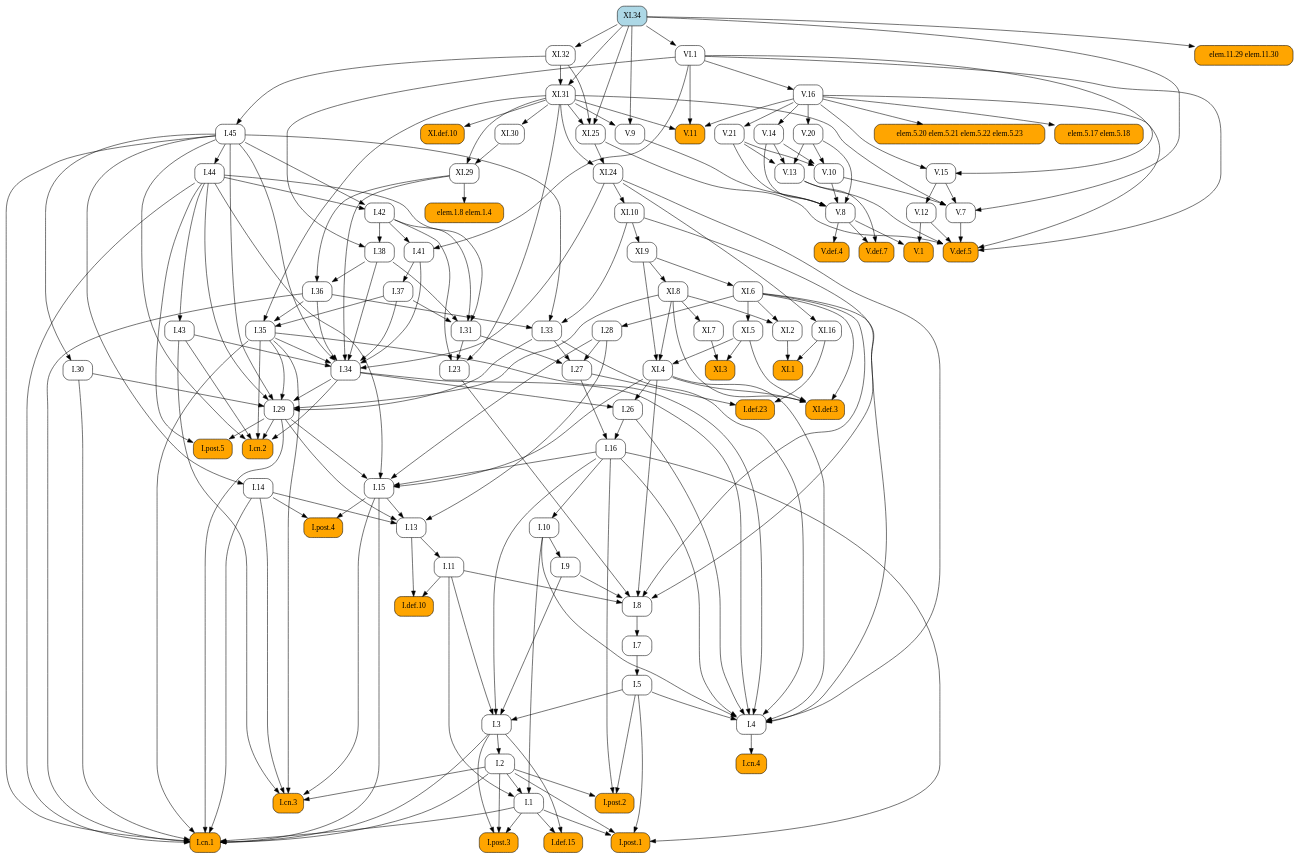
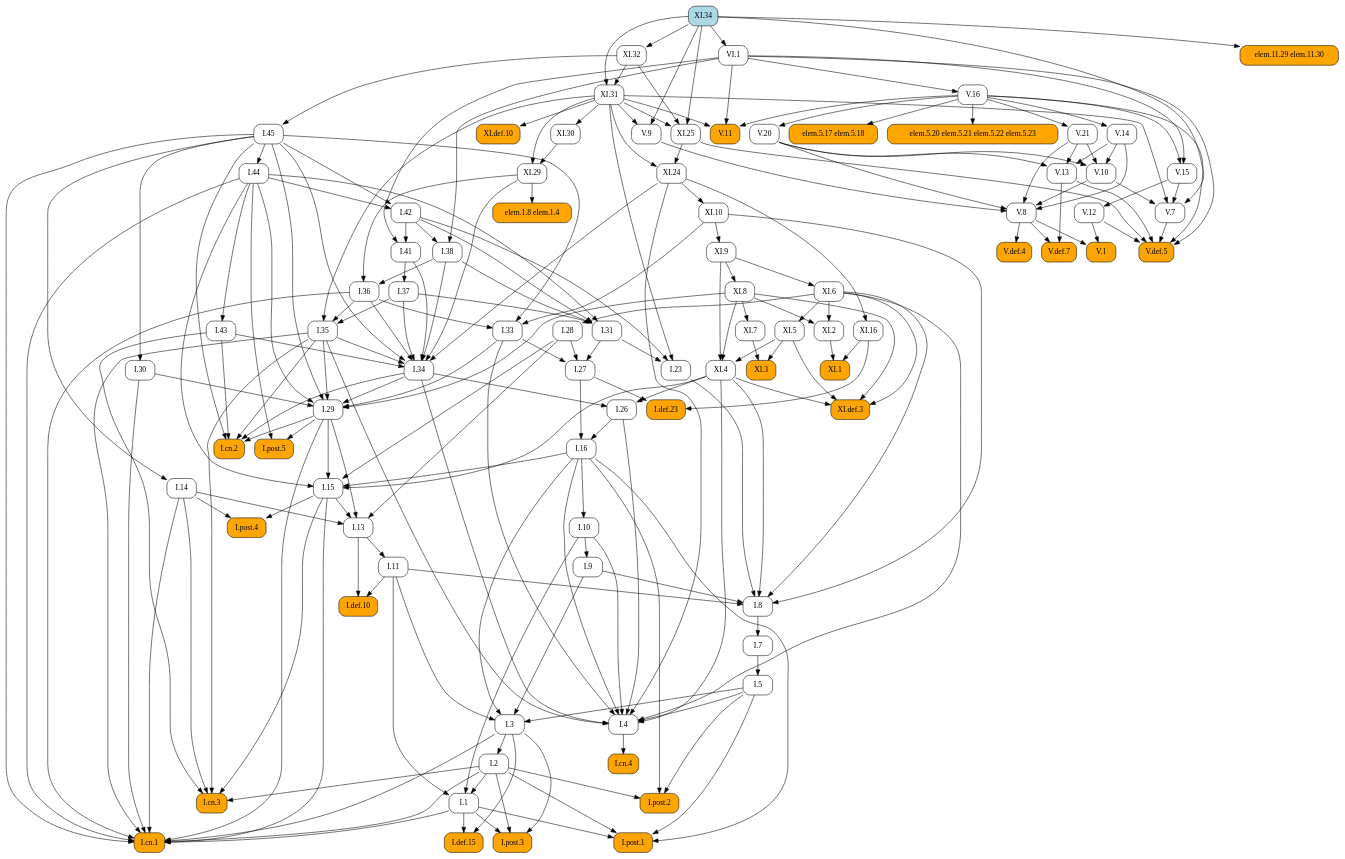
The diagram in docsrc/heath/XI/34/index.rst (geometor/elements), drawn with Graphviz before and after one commit. The commit also changed other lines of this file and 484 other files, not shown here.

```diff
--- a/docsrc/heath/XI/34/index.rst
+++ b/docsrc/heath/XI/34/index.rst
@@ -90,146 +90,139 @@
    digraph {
      rankdir="TB";
      node [shape=box, style=rounded];
+     "I.23" [URL="/heath/I/23/", target="_top"];
+     "I.9" [URL="/heath/I/9/", target="_top"];
+     "I.def.15" [style="rounded,filled", fillcolor=orange, URL="/heath/I/def.15/", target="_top"];
+     "V.13" [URL="/heath/V/13/", target="_top"];
+     "XI.24" [URL="/heath/XI/24/", target="_top"];
+     "V.7" [URL="/heath/V/7/", target="_top"];
+     "elem.5.17 elem.5.18" [style="rounded,filled", fillcolor=orange];
+     "XI.6" [URL="/heath/XI/6/", target="_top"];
+     "I.post.1" [style="rounded,filled", fillcolor=orange, URL="/heath/I/post.1/", target="_top"];
+     "V.14" [URL="/heath/V/14/", target="_top"];
+     "I.43" [URL="/heath/I/43/", target="_top"];
+     "V.9" [URL="/heath/V/9/", target="_top"];
+     "I.30" [URL="/heath/I/30/", target="_top"];
+     "I.31" [URL="/heath/I/31/", target="_top"];
+     "V.10" [URL="/heath/V/10/", target="_top"];
      "I.def.10" [style="rounded,filled", fillcolor=orange, URL="/heath/I/def.10/", target="_top"];
+     "XI.def.3" [style="rounded,filled", fillcolor=orange, URL="/heath/XI/def.3/", target="_top"];
+     "VI.1" [URL="/heath/VI/1/", target="_top"];
+     "XI.10" [URL="/heath/XI/10/", target="_top"];
+     "elem.1.8 elem.1.4" [style="rounded,filled", fillcolor=orange];
+     "I.14" [URL="/heath/I/14/", target="_top"];
+     "V.11" [style="rounded,filled", fillcolor=orange, URL="/heath/V/11/", target="_top"];
+     "XI.2" [URL="/heath/XI/2/", target="_top"];
+     "I.34" [URL="/heath/I/34/", target="_top"];
+     "XI.7" [URL="/heath/XI/7/", target="_top"];
+     "I.3" [URL="/heath/I/3/", target="_top"];
+     "V.def.4" [style="rounded,filled", fillcolor=orange, URL="/heath/V/def.4/", target="_top"];
+     "V.def.7" [style="rounded,filled", fillcolor=orange, URL="/heath/V/def.7/", target="_top"];
+     "V.21" [URL="/heath/V/21/", target="_top"];
+     "I.2" [URL="/heath/I/2/", target="_top"];
+     "I.13" [URL="/heath/I/13/", target="_top"];
+     "I.post.4" [style="rounded,filled", fillcolor=orange, URL="/heath/I/post.4/", target="_top"];
+     "I.4" [URL="/heath/I/4/", target="_top"];
+     "I.1" [URL="/heath/I/1/", target="_top"];
+     "XI.16" [URL="/heath/XI/16/", target="_top"];
+     "I.8" [URL="/heath/I/8/", target="_top"];
+     "I.45" [URL="/heath/I/45/", target="_top"];
+     "I.29" [URL="/heath/I/29/", target="_top"];
+     "XI.31" [URL="/heath/XI/31/", target="_top"];
+     "XI.5" [URL="/heath/XI/5/", target="_top"];
+     "I.38" [URL="/heath/I/38/", target="_top"];
+     "V.8" [URL="/heath/V/8/", target="_top"];
+     "I.15" [URL="/heath/I/15/", target="_top"];
+     "I.10" [URL="/heath/I/10/", target="_top"];
      "I.11" [URL="/heath/I/11/", target="_top"];
-     "I.post.4" [style="rounded,filled", fillcolor=orange, URL="/heath/I/post.4/", target="_top"];
+     "I.def.23" [style="rounded,filled", fillcolor=orange, URL="/heath/I/def.23/", target="_top"];
+     "I.44" [URL="/heath/I/44/", target="_top"];
+     "XI.1" [style="rounded,filled", fillcolor=orange, URL="/heath/XI/1/", target="_top"];
+     "I.26" [URL="/heath/I/26/", target="_top"];
+     "V.16" [URL="/heath/V/16/", target="_top"];
+     "I.33" [URL="/heath/I/33/", target="_top"];
+     "XI.4" [URL="/heath/XI/4/", target="_top"];
+     "XI.8" [URL="/heath/XI/8/", target="_top"];
+     "I.post.3" [style="rounded,filled", fillcolor=orange, URL="/heath/I/post.3/", target="_top"];
+     "V.def.5" [style="rounded,filled", fillcolor=orange, URL="/heath/V/def.5/", target="_top"];
+     "XI.3" [style="rounded,filled", fillcolor=orange, URL="/heath/XI/3/", target="_top"];
+     "XI.def.10" [style="rounded,filled", fillcolor=orange, URL="/heath/XI/def.10/", target="_top"];
+     "I.42" [URL="/heath/I/42/", target="_top"];
+     "V.20" [URL="/heath/V/20/", target="_top"];
+     "I.27" [URL="/heath/I/27/", target="_top"];
+     "V.12" [URL="/heath/V/12/", target="_top"];
+     "I.35" [URL="/heath/I/35/", target="_top"];
+     "I.cn.1" [style="rounded,filled", fillcolor=orange, URL="/heath/I/cn.1/", target="_top"];
+     "I.7" [URL="/heath/I/7/", target="_top"];
+     "I.36" [URL="/heath/I/36/", target="_top"];
+     "I.5" [URL="/heath/I/5/", target="_top"];
+     "I.37" [URL="/heath/I/37/", target="_top"];
+     "I.cn.3" [style="rounded,filled", fillcolor=orange, URL="/heath/I/cn.3/", target="_top"];
+     "I.16" [URL="/heath/I/16/", target="_top"];
+     "XI.29" [URL="/heath/XI/29/", target="_top"];
+     "V.1" [style="rounded,filled", fillcolor=orange, URL="/heath/V/1/", target="_top"];
+     "XI.9" [URL="/heath/XI/9/", target="_top"];
+     "I.cn.2" [style="rounded,filled", fillcolor=orange, URL="/heath/I/cn.2/", target="_top"];
+     "elem.11.29 elem.11.30" [style="rounded,filled", fillcolor=orange];
+     "I.post.5" [style="rounded,filled", fillcolor=orange, URL="/heath/I/post.5/", target="_top"];
      "I.28" [URL="/heath/I/28/", target="_top"];
-     "I.1" [URL="/heath/I/1/", target="_top"];
-     "XI.7" [URL="/heath/XI/7/", target="_top"];
-     "V.def.5" [style="rounded,filled", fillcolor=orange, URL="/heath/V/def.5/", target="_top"];
-     "XI.9" [URL="/heath/XI/9/", target="_top"];
-     "XI.8" [URL="/heath/XI/8/", target="_top"];
-     "V.11" [style="rounded,filled", fillcolor=orange, URL="/heath/V/11/", target="_top"];
-     "V.13" [URL="/heath/V/13/", target="_top"];
-     "I.post.3" [style="rounded,filled", fillcolor=orange, URL="/heath/I/post.3/", target="_top"];
-     "VI.1" [URL="/heath/VI/1/", target="_top"];
-     "XI.1" [style="rounded,filled", fillcolor=orange, URL="/heath/XI/1/", target="_top"];
-     "I.cn.3" [style="rounded,filled", fillcolor=orange, URL="/heath/I/cn.3/", target="_top"];
+     "I.cn.4" [style="rounded,filled", fillcolor=orange, URL="/heath/I/cn.4/", target="_top"];
+     "V.15" [URL="/heath/V/15/", target="_top"];
+     "I.41" [URL="/heath/I/41/", target="_top"];
+     "I.post.2" [style="rounded,filled", fillcolor=orange, URL="/heath/I/post.2/", target="_top"];
+     "XI.34" [style="rounded,filled", fillcolor=lightblue, URL="/heath/XI/34/", target="_top"];
+     "XI.30" [URL="/heath/XI/30/", target="_top"];
+     "XI.32" [URL="/heath/XI/32/", target="_top"];
+     "elem.5.20 elem.5.21 elem.5.22 elem.5.23" [style="rounded,filled", fillcolor=orange];
      "XI.25" [URL="/heath/XI/25/", target="_top"];
-     "I.14" [URL="/heath/I/14/", target="_top"];
-     "V.16" [URL="/heath/V/16/", target="_top"];
-     "XI.2" [URL="/heath/XI/2/", target="_top"];
-     "XI.16" [URL="/heath/XI/16/", target="_top"];
-     "XI.31" [URL="/heath/XI/31/", target="_top"];
-     "I.36" [URL="/heath/I/36/", target="_top"];
-     "V.8" [URL="/heath/V/8/", target="_top"];
-     "I.41" [URL="/heath/I/41/", target="_top"];
-     "I.37" [URL="/heath/I/37/", target="_top"];
-     "I.34" [URL="/heath/I/34/", target="_top"];
-     "I.27" [URL="/heath/I/27/", target="_top"];
-     "I.2" [URL="/heath/I/2/", target="_top"];
-     "I.def.23" [style="rounded,filled", fillcolor=orange, URL="/heath/I/def.23/", target="_top"];
-     "elem.1.8 elem.1.4" [style="rounded,filled", fillcolor=orange];
-     "XI.32" [URL="/heath/XI/32/", target="_top"];
-     "elem.11.29 elem.11.30" [style="rounded,filled", fillcolor=orange];
-     "I.33" [URL="/heath/I/33/", target="_top"];
-     "I.post.2" [style="rounded,filled", fillcolor=orange, URL="/heath/I/post.2/", target="_top"];
-     "I.45" [URL="/heath/I/45/", target="_top"];
-     "I.42" [URL="/heath/I/42/", target="_top"];
-     "elem.5.20 elem.5.21 elem.5.22 elem.5.23" [style="rounded,filled", fillcolor=orange];
-     "I.9" [URL="/heath/I/9/", target="_top"];
-     "V.def.4" [style="rounded,filled", fillcolor=orange, URL="/heath/V/def.4/", target="_top"];
-     "I.cn.4" [style="rounded,filled", fillcolor=orange, URL="/heath/I/cn.4/", target="_top"];
-     "I.15" [URL="/heath/I/15/", target="_top"];
-     "I.38" [URL="/heath/I/38/", target="_top"];
-     "V.def.7" [style="rounded,filled", fillcolor=orange, URL="/heath/V/def.7/", target="_top"];
-     "I.5" [URL="/heath/I/5/", target="_top"];
-     "V.21" [URL="/heath/V/21/", target="_top"];
-     "XI.def.3" [style="rounded,filled", fillcolor=orange, URL="/heath/XI/def.3/", target="_top"];
-     "I.26" [URL="/heath/I/26/", target="_top"];
-     "V.14" [URL="/heath/V/14/", target="_top"];
-     "I.29" [URL="/heath/I/29/", target="_top"];
-     "V.12" [URL="/heath/V/12/", target="_top"];
-     "I.cn.2" [style="rounded,filled", fillcolor=orange, URL="/heath/I/cn.2/", target="_top"];
-     "V.20" [URL="/heath/V/20/", target="_top"];
-     "V.10" [URL="/heath/V/10/", target="_top"];
-     "XI.30" [URL="/heath/XI/30/", target="_top"];
-     "I.def.15" [style="rounded,filled", fillcolor=orange, URL="/heath/I/def.15/", target="_top"];
-     "V.15" [URL="/heath/V/15/", target="_top"];
-     "XI.5" [URL="/heath/XI/5/", target="_top"];
-     "I.cn.1" [style="rounded,filled", fillcolor=orange, URL="/heath/I/cn.1/", target="_top"];
-     "I.30" [URL="/heath/I/30/", target="_top"];
-     "V.7" [URL="/heath/V/7/", target="_top"];
-     "XI.29" [URL="/heath/XI/29/", target="_top"];
-     "V.9" [URL="/heath/V/9/", target="_top"];
-     "I.23" [URL="/heath/I/23/", target="_top"];
-     "I.43" [URL="/heath/I/43/", target="_top"];
-     "I.post.1" [style="rounded,filled", fillcolor=orange, URL="/heath/I/post.1/", target="_top"];
-     "XI.6" [URL="/heath/XI/6/", target="_top"];
-     "I.35" [URL="/heath/I/35/", target="_top"];
-     "I.7" [URL="/heath/I/7/", target="_top"];
-     "I.3" [URL="/heath/I/3/", target="_top"];
-     "I.4" [URL="/heath/I/4/", target="_top"];
-     "I.13" [URL="/heath/I/13/", target="_top"];
-     "XI.def.10" [style="rounded,filled", fillcolor=orange, URL="/heath/XI/def.10/", target="_top"];
-     "I.31" [URL="/heath/I/31/", target="_top"];
-     "V.1" [style="rounded,filled", fillcolor=orange, URL="/heath/V/1/", target="_top"];
-     "I.16" [URL="/heath/I/16/", target="_top"];
-     "elem.5.17 elem.5.18" [style="rounded,filled", fillcolor=orange];
-     "XI.34" [style="rounded,filled", fillcolor=lightblue, URL="/heath/XI/34/", target="_top"];
-     "I.8" [URL="/heath/I/8/", target="_top"];
-     "XI.4" [URL="/heath/XI/4/", target="_top"];
-     "XI.24" [URL="/heath/XI/24/", target="_top"];
-     "I.post.5" [style="rounded,filled", fillcolor=orange, URL="/heath/I/post.5/", target="_top"];
-     "I.44" [URL="/heath/I/44/", target="_top"];
-     "I.10" [URL="/heath/I/10/", target="_top"];
-     "XI.10" [URL="/heath/XI/10/", target="_top"];
-     "XI.3" [style="rounded,filled", fillcolor=orange, URL="/heath/XI/3/", target="_top"];
+     "I.31" -> "I.23";
+     "I.42" -> "I.23";
+     "XI.31" -> "I.23";
+     "I.10" -> "I.9";
+     "I.1" -> "I.def.15";
+     "I.3" -> "I.def.15";
+     "V.14" -> "V.13";
+     "V.20" -> "V.13";
+     "V.21" -> "V.13";
+     "XI.25" -> "XI.24";
+     "XI.31" -> "XI.24";
+     "V.10" -> "V.7";
+     "V.15" -> "V.7";
+     "XI.31" -> "V.7";
+     "XI.34" -> "V.7";
+     "V.16" -> "elem.5.17 elem.5.18";
+     "XI.9" -> "XI.6";
+     "I.1" -> "I.post.1";
+     "I.2" -> "I.post.1";
+     "I.5" -> "I.post.1";
+     "I.16" -> "I.post.1";
+     "V.16" -> "V.14";
+     "I.44" -> "I.43";
+     "XI.31" -> "V.9";
+     "XI.34" -> "V.9";
+     "I.45" -> "I.30";
+     "I.37" -> "I.31";
+     "I.38" -> "I.31";
+     "I.42" -> "I.31";
+     "I.44" -> "I.31";
+     "V.14" -> "V.10";
+     "V.20" -> "V.10";
+     "V.21" -> "V.10";
      "I.11" -> "I.def.10";
      "I.13" -> "I.def.10";
-     "I.13" -> "I.11";
-     "I.14" -> "I.post.4";
-     "I.15" -> "I.post.4";
-     "XI.6" -> "I.28";
-     "I.2" -> "I.1";
-     "I.10" -> "I.1";
-     "I.11" -> "I.1";
-     "XI.8" -> "XI.7";
-     "V.7" -> "V.def.5";
-     "V.12" -> "V.def.5";
-     "V.13" -> "V.def.5";
-     "V.16" -> "V.def.5";
-     "VI.1" -> "V.def.5";
-     "XI.25" -> "V.def.5";
-     "XI.10" -> "XI.9";
-     "XI.9" -> "XI.8";
+     "XI.4" -> "XI.def.3";
+     "XI.5" -> "XI.def.3";
+     "XI.6" -> "XI.def.3";
+     "XI.8" -> "XI.def.3";
+     "XI.34" -> "VI.1";
+     "XI.24" -> "XI.10";
+     "XI.29" -> "elem.1.8 elem.1.4";
+     "I.45" -> "I.14";
      "V.16" -> "V.11";
      "VI.1" -> "V.11";
      "XI.31" -> "V.11";
-     "V.14" -> "V.13";
-     "V.20" -> "V.13";
-     "V.21" -> "V.13";
-     "I.1" -> "I.post.3";
-     "I.2" -> "I.post.3";
-     "I.3" -> "I.post.3";
-     "XI.34" -> "VI.1";
-     "XI.2" -> "XI.1";
-     "XI.16" -> "XI.1";
-     "I.2" -> "I.cn.3";
-     "I.14" -> "I.cn.3";
-     "I.15" -> "I.cn.3";
-     "I.35" -> "I.cn.3";
-     "I.43" -> "I.cn.3";
-     "XI.31" -> "XI.25";
-     "XI.32" -> "XI.25";
-     "XI.34" -> "XI.25";
-     "I.45" -> "I.14";
-     "VI.1" -> "V.16";
      "XI.6" -> "XI.2";
      "XI.8" -> "XI.2";
-     "XI.24" -> "XI.16";
-     "XI.32" -> "XI.31";
-     "XI.34" -> "XI.31";
-     "I.38" -> "I.36";
-     "XI.29" -> "I.36";
-     "V.9" -> "V.8";
-     "V.10" -> "V.8";
-     "V.14" -> "V.8";
-     "V.20" -> "V.8";
-     "V.21" -> "V.8";
-     "I.42" -> "I.41";
-     "VI.1" -> "I.41";
-     "I.41" -> "I.37";
      "I.35" -> "I.34";
      "I.36" -> "I.34";
      "I.37" -> "I.34";
@@ -239,46 +232,43 @@
      "I.45" -> "I.34";
      "XI.24" -> "I.34";
      "XI.29" -> "I.34";
-     "I.28" -> "I.27";
-     "I.31" -> "I.27";
-     "I.33" -> "I.27";
-     "I.3" -> "I.2";
-     "I.27" -> "I.def.23";
-     "XI.16" -> "I.def.23";
-     "XI.29" -> "elem.1.8 elem.1.4";
-     "XI.34" -> "XI.32";
-     "XI.34" -> "elem.11.29 elem.11.30";
-     "I.36" -> "I.33";
-     "I.45" -> "I.33";
-     "XI.10" -> "I.33";
-     "I.2" -> "I.post.2";
-     "I.5" -> "I.post.2";
-     "I.16" -> "I.post.2";
-     "XI.32" -> "I.45";
-     "I.44" -> "I.42";
-     "I.45" -> "I.42";
-     "V.16" -> "elem.5.20 elem.5.21 elem.5.22 elem.5.23";
-     "I.10" -> "I.9";
+     "XI.8" -> "XI.7";
+     "I.5" -> "I.3";
+     "I.9" -> "I.3";
+     "I.11" -> "I.3";
+     "I.16" -> "I.3";
      "V.8" -> "V.def.4";
-     "I.4" -> "I.cn.4";
-     "I.16" -> "I.15";
-     "I.28" -> "I.15";
-     "I.29" -> "I.15";
-     "I.44" -> "I.15";
-     "XI.4" -> "I.15";
-     "I.42" -> "I.38";
-     "VI.1" -> "I.38";
      "V.8" -> "V.def.7";
      "V.13" -> "V.def.7";
-     "I.7" -> "I.5";
      "V.16" -> "V.21";
-     "XI.4" -> "XI.def.3";
-     "XI.5" -> "XI.def.3";
-     "XI.6" -> "XI.def.3";
-     "XI.8" -> "XI.def.3";
-     "I.34" -> "I.26";
-     "XI.4" -> "I.26";
-     "V.16" -> "V.14";
+     "I.3" -> "I.2";
+     "I.14" -> "I.13";
+     "I.15" -> "I.13";
+     "I.28" -> "I.13";
+     "I.29" -> "I.13";
+     "I.14" -> "I.post.4";
+     "I.15" -> "I.post.4";
+     "I.5" -> "I.4";
+     "I.10" -> "I.4";
+     "I.16" -> "I.4";
+     "I.26" -> "I.4";
+     "I.33" -> "I.4";
+     "I.34" -> "I.4";
+     "I.35" -> "I.4";
+     "XI.4" -> "I.4";
+     "XI.6" -> "I.4";
+     "XI.24" -> "I.4";
+     "I.2" -> "I.1";
+     "I.10" -> "I.1";
+     "I.11" -> "I.1";
+     "XI.24" -> "XI.16";
+     "I.9" -> "I.8";
+     "I.11" -> "I.8";
+     "I.23" -> "I.8";
+     "XI.4" -> "I.8";
+     "XI.6" -> "I.8";
+     "XI.10" -> "I.8";
+     "XI.32" -> "I.45";
      "I.30" -> "I.29";
      "I.33" -> "I.29";
      "I.34" -> "I.29";
@@ -286,22 +276,60 @@
      "I.44" -> "I.29";
      "I.45" -> "I.29";
      "XI.8" -> "I.29";
+     "XI.32" -> "XI.31";
+     "XI.34" -> "XI.31";
+     "XI.6" -> "XI.5";
+     "I.42" -> "I.38";
+     "VI.1" -> "I.38";
+     "V.9" -> "V.8";
+     "V.10" -> "V.8";
+     "V.14" -> "V.8";
+     "V.20" -> "V.8";
+     "V.21" -> "V.8";
+     "I.16" -> "I.15";
+     "I.28" -> "I.15";
+     "I.29" -> "I.15";
+     "I.44" -> "I.15";
+     "XI.4" -> "I.15";
+     "I.16" -> "I.10";
+     "I.13" -> "I.11";
+     "I.27" -> "I.def.23";
+     "XI.16" -> "I.def.23";
+     "I.45" -> "I.44";
+     "XI.2" -> "XI.1";
+     "XI.16" -> "XI.1";
+     "I.34" -> "I.26";
+     "XI.4" -> "I.26";
+     "VI.1" -> "V.16";
+     "I.36" -> "I.33";
+     "I.45" -> "I.33";
+     "XI.10" -> "I.33";
+     "XI.5" -> "XI.4";
+     "XI.8" -> "XI.4";
+     "XI.9" -> "XI.4";
+     "XI.9" -> "XI.8";
+     "I.1" -> "I.post.3";
+     "I.2" -> "I.post.3";
+     "I.3" -> "I.post.3";
+     "V.7" -> "V.def.5";
+     "V.12" -> "V.def.5";
+     "V.13" -> "V.def.5";
+     "V.16" -> "V.def.5";
+     "VI.1" -> "V.def.5";
+     "XI.25" -> "V.def.5";
+     "XI.5" -> "XI.3";
+     "XI.7" -> "XI.3";
+     "XI.31" -> "XI.def.10";
+     "I.44" -> "I.42";
+     "I.45" -> "I.42";
+     "V.16" -> "V.20";
+     "I.28" -> "I.27";
+     "I.31" -> "I.27";
+     "I.33" -> "I.27";
      "V.15" -> "V.12";
-     "I.29" -> "I.cn.2";
-     "I.34" -> "I.cn.2";
-     "I.35" -> "I.cn.2";
-     "I.43" -> "I.cn.2";
-     "I.45" -> "I.cn.2";
-     "V.16" -> "V.20";
-     "V.14" -> "V.10";
-     "V.20" -> "V.10";
-     "V.21" -> "V.10";
-     "XI.31" -> "XI.30";
-     "I.1" -> "I.def.15";
-     "I.3" -> "I.def.15";
-     "V.16" -> "V.15";
-     "VI.1" -> "V.15";
-     "XI.6" -> "XI.5";
+     "I.36" -> "I.35";
+     "I.37" -> "I.35";
+     "XI.31" -> "I.35";
      "I.1" -> "I.cn.1";
      "I.2" -> "I.cn.1";
      "I.3" -> "I.cn.1";
@@ -313,72 +341,44 @@
      "I.36" -> "I.cn.1";
      "I.44" -> "I.cn.1";
      "I.45" -> "I.cn.1";
-     "I.45" -> "I.30";
-     "V.10" -> "V.7";
-     "V.15" -> "V.7";
-     "XI.31" -> "V.7";
-     "XI.34" -> "V.7";
+     "I.8" -> "I.7";
+     "I.38" -> "I.36";
+     "XI.29" -> "I.36";
+     "I.7" -> "I.5";
+     "I.41" -> "I.37";
+     "I.2" -> "I.cn.3";
+     "I.14" -> "I.cn.3";
+     "I.15" -> "I.cn.3";
+     "I.35" -> "I.cn.3";
+     "I.43" -> "I.cn.3";
+     "I.26" -> "I.16";
+     "I.27" -> "I.16";
      "XI.30" -> "XI.29";
      "XI.31" -> "XI.29";
-     "XI.31" -> "V.9";
-     "XI.34" -> "V.9";
-     "I.31" -> "I.23";
-     "I.42" -> "I.23";
-     "XI.31" -> "I.23";
-     "I.44" -> "I.43";
-     "I.1" -> "I.post.1";
-     "I.2" -> "I.post.1";
-     "I.5" -> "I.post.1";
-     "I.16" -> "I.post.1";
-     "XI.9" -> "XI.6";
-     "I.36" -> "I.35";
-     "I.37" -> "I.35";
-     "XI.31" -> "I.35";
-     "I.8" -> "I.7";
-     "I.5" -> "I.3";
-     "I.9" -> "I.3";
-     "I.11" -> "I.3";
-     "I.16" -> "I.3";
-     "I.5" -> "I.4";
-     "I.10" -> "I.4";
-     "I.16" -> "I.4";
-     "I.26" -> "I.4";
-     "I.33" -> "I.4";
-     "I.34" -> "I.4";
-     "I.35" -> "I.4";
-     "XI.4" -> "I.4";
-     "XI.6" -> "I.4";
-     "XI.24" -> "I.4";
-     "I.14" -> "I.13";
-     "I.15" -> "I.13";
-     "I.28" -> "I.13";
-     "I.29" -> "I.13";
-     "XI.31" -> "XI.def.10";
-     "I.37" -> "I.31";
-     "I.38" -> "I.31";
-     "I.42" -> "I.31";
-     "I.44" -> "I.31";
      "V.8" -> "V.1";
      "V.12" -> "V.1";
-     "I.26" -> "I.16";
-     "I.27" -> "I.16";
-     "V.16" -> "elem.5.17 elem.5.18";
-     "I.9" -> "I.8";
-     "I.11" -> "I.8";
-     "I.23" -> "I.8";
-     "XI.4" -> "I.8";
-     "XI.6" -> "I.8";
-     "XI.10" -> "I.8";
-     "XI.5" -> "XI.4";
-     "XI.8" -> "XI.4";
-     "XI.9" -> "XI.4";
-     "XI.25" -> "XI.24";
-     "XI.31" -> "XI.24";
+     "XI.10" -> "XI.9";
+     "I.29" -> "I.cn.2";
+     "I.34" -> "I.cn.2";
+     "I.35" -> "I.cn.2";
+     "I.43" -> "I.cn.2";
+     "I.45" -> "I.cn.2";
+     "XI.34" -> "elem.11.29 elem.11.30";
      "I.29" -> "I.post.5";
      "I.44" -> "I.post.5";
-     "I.45" -> "I.44";
-     "I.16" -> "I.10";
-     "XI.24" -> "XI.10";
-     "XI.5" -> "XI.3";
-     "XI.7" -> "XI.3";
+     "XI.6" -> "I.28";
+     "I.4" -> "I.cn.4";
+     "V.16" -> "V.15";
+     "VI.1" -> "V.15";
+     "I.42" -> "I.41";
+     "VI.1" -> "I.41";
+     "I.2" -> "I.post.2";
+     "I.5" -> "I.post.2";
+     "I.16" -> "I.post.2";
+     "XI.31" -> "XI.30";
+     "XI.34" -> "XI.32";
+     "V.16" -> "elem.5.20 elem.5.21 elem.5.22 elem.5.23";
+     "XI.31" -> "XI.25";
+     "XI.32" -> "XI.25";
+     "XI.34" -> "XI.25";
    }
```
